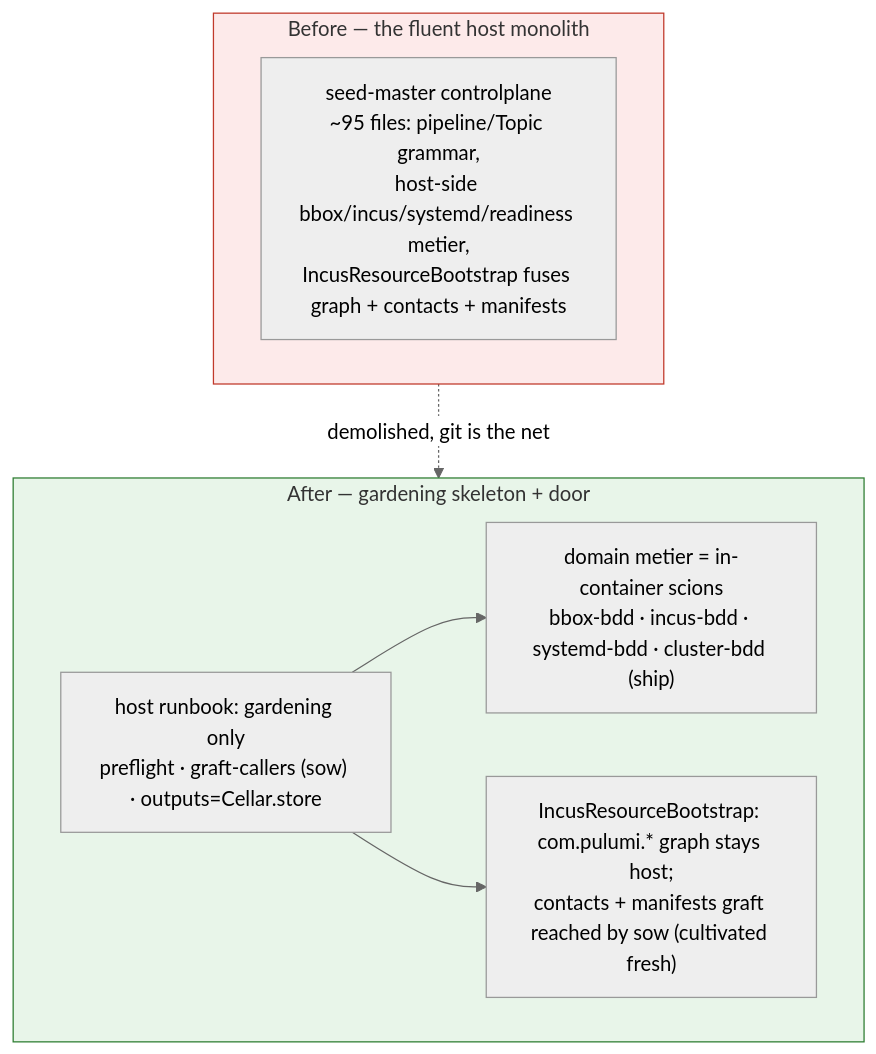
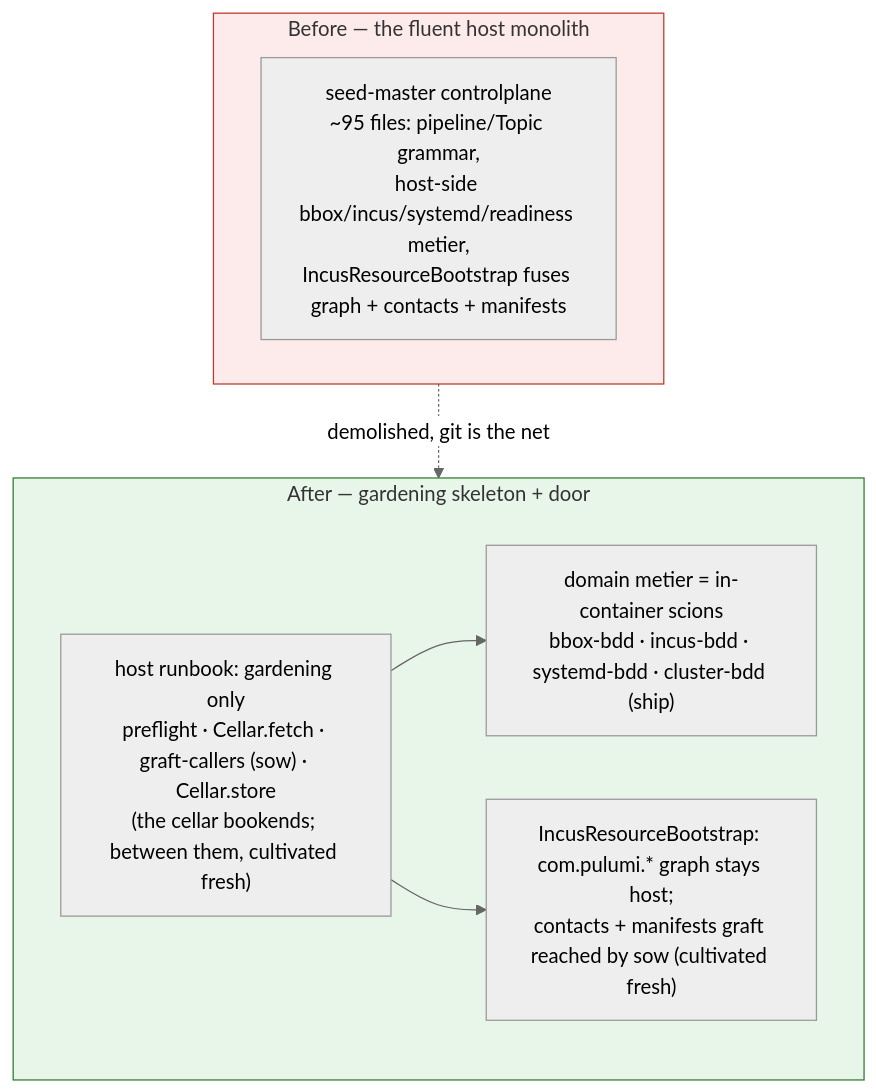
Before and after one commit to nxmatic/rke2lab: the third of 3 diagrams in docs/architecture/atlas/seed.adoc, drawn with Mermaid (neutral theme). The commit also changed 1 other file, not shown here.

Commit message:
docs(seed): freeze the root scenario — the cellar bookends the runbook (fetch opens, store closes)
The ClusterSeed root scenario gains its opening Cellar.fetch, split from
preflight (two distinct pure-host concerns):
- preflight = the entry gates (clean worktree, flake lock) — the right to sow,
  gates nothing open.
- Cellar.fetch = read the parcel's state — where we start from (idempotent sowing).

So the host runbook is 7 steps: preflight → Cellar.fetch → 4 graft-callers
(bbox·incus·systemd·cluster, the dependency chain whose terminal fruit is "the
cluster answers ready") → Cellar.store. The cellar bookends: fetch opens, store
closes; between them everything is cultivated FRESH — no scion reads the cellar
(the cluster scion probes the live cluster; the manifests graft is grown fresh).

bdd.adoc: updated the mermaid + the sentence listing + the bookend note.
atlas/seed.adoc: Diagram R AFTER box aligned (preflight · fetch · sow · store).

```diff
--- a/docs/architecture/atlas/seed.adoc
+++ b/docs/architecture/atlas/seed.adoc
@@ -333,18 +333,18 @@
 [mermaid]
 ----
 flowchart TB
   subgraph BEFORE[Before — the fluent host monolith]
     b1["seed-master controlplane<br/>~95 files: pipeline/Topic grammar,<br/>host-side bbox/incus/systemd/readiness metier,<br/>IncusResourceBootstrap fuses graph + contacts + manifests"]
   end
   subgraph AFTER[After — gardening skeleton + door]
-    a1["host runbook: gardening only<br/>preflight · graft-callers (sow) · outputs=Cellar.store"]
+    a1["host runbook: gardening only<br/>preflight · Cellar.fetch · graft-callers (sow) · Cellar.store<br/>(the cellar bookends; between them, cultivated fresh)"]
     a2["domain metier = in-container scions<br/>bbox-bdd · incus-bdd · systemd-bdd · cluster-bdd (ship)"]
     a3["IncusResourceBootstrap: com.pulumi.* graph stays host;<br/>contacts + manifests graft reached by sow (cultivated fresh)"]
     a1 --> a2
     a1 --> a3
   end
   BEFORE -.demolished, git is the net.-> AFTER
 
   style BEFORE fill:#fdeaea,stroke:#c0392b
   style AFTER fill:#e8f5e9,stroke:#2e7d32
 ----
```
